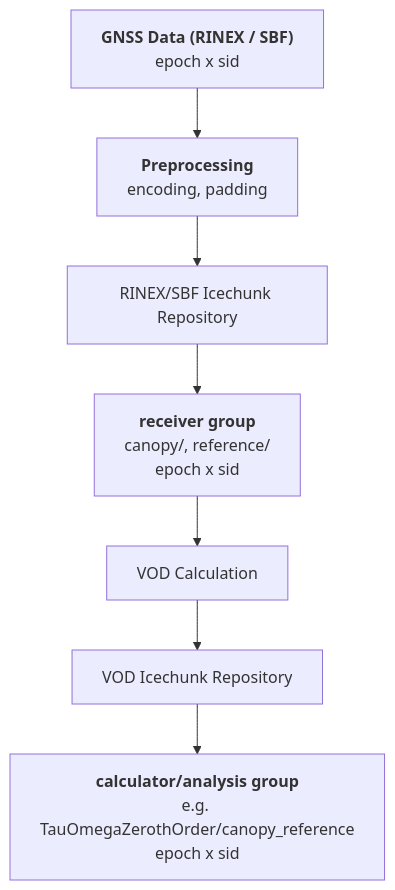
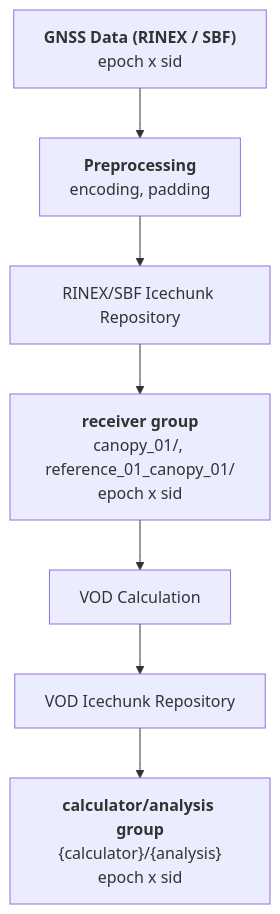
One commit to nfb2021/canvodpy changed the diagram in docs/packages/store/overview.md. Above: the diagram before and after it, drawn with Mermaid. The commit also changed other lines of this file and 9 other files, not shown here.

````diff
--- a/docs/packages/store/overview.md
+++ b/docs/packages/store/overview.md
@@ -65,16 +65,16 @@
 ```mermaid
 graph TD
     A1["`**GNSS Data (RINEX / SBF)**
     epoch x sid`"]
     A1 --> B["`**Preprocessing**
     encoding, padding`"]
     B --> C["RINEX/SBF Icechunk Repository"]
     C --> D1["`**receiver group**
-    canopy/, reference/
+    canopy_01/, reference_01_canopy_01/
     epoch x sid`"]
     D1 --> E["VOD Calculation"]
     E --> F["VOD Icechunk Repository"]
     F --> G["`**calculator/analysis group**
-    e.g. TauOmegaZerothOrder/canopy_reference
+    {calculator}/{analysis}
     epoch x sid`"]
 ```
````
